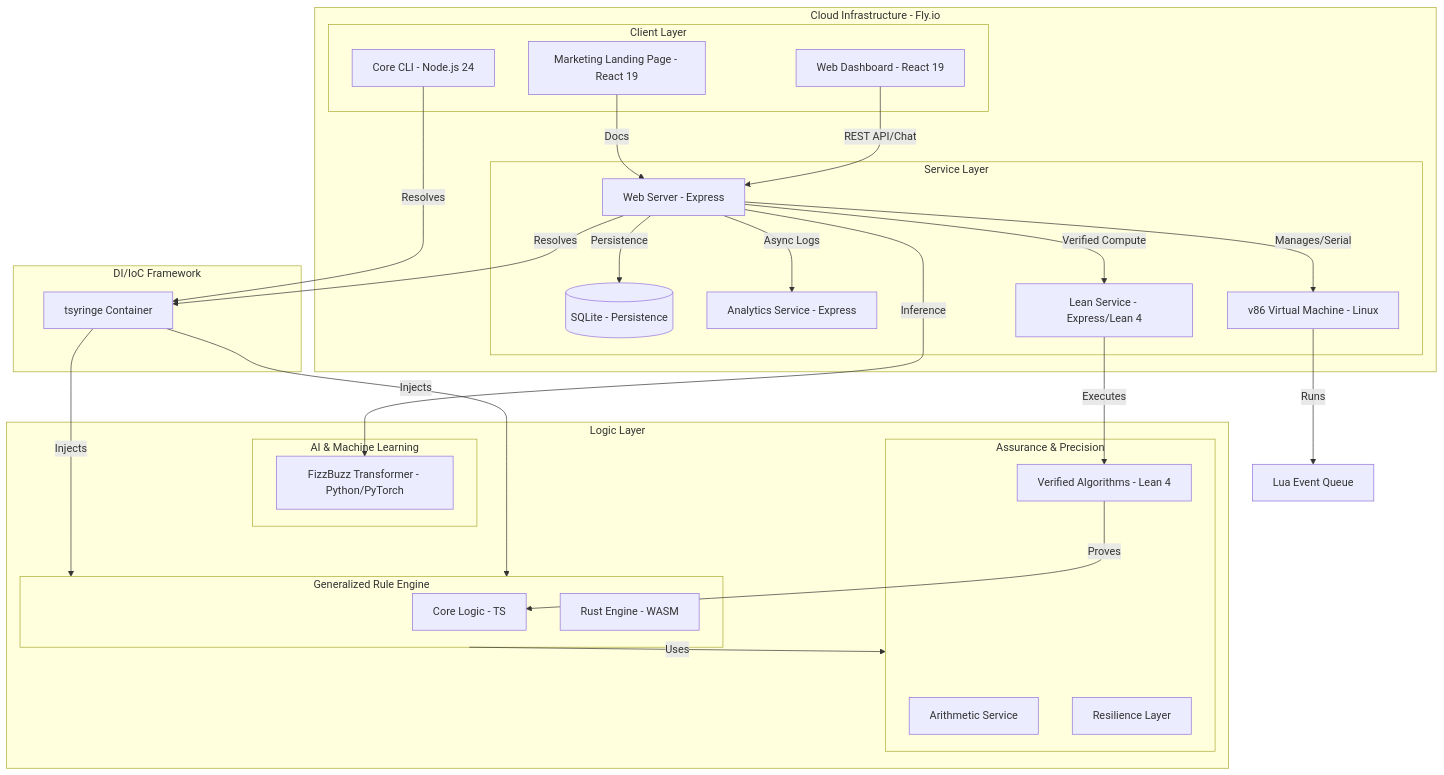
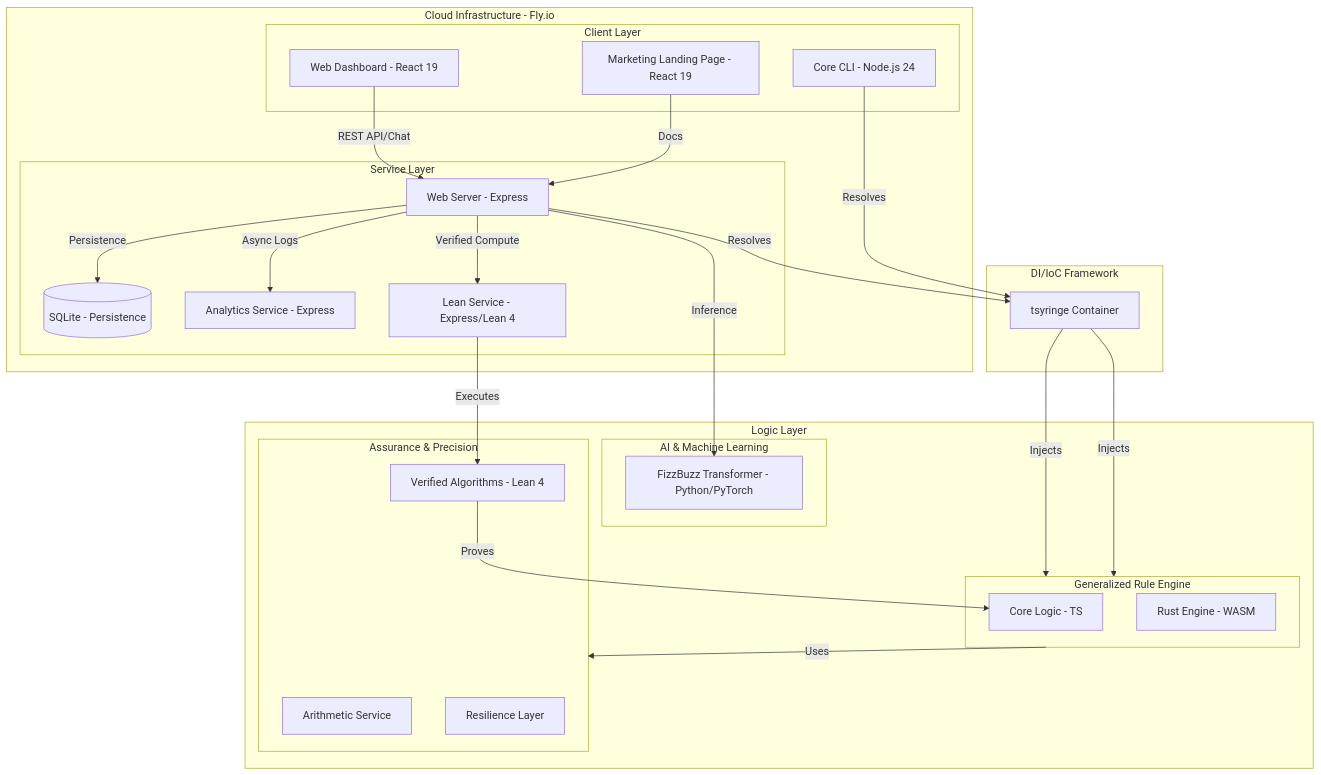
One commit to CamJohnson26/agent-first-fizzbuzz-scalable changed the second of 2 diagrams in README.md. Above: the diagram before and after it, drawn with Mermaid. The commit also changed other lines of this file and 1 other file, not shown here.

First line of the commit message:
Revert "Merge pull request #57 from CamJohnson26/feature/docs-sync-architecture"

````diff
--- a/README.md
+++ b/README.md
@@ -66,53 +66,50 @@
 ```mermaid
 graph TD
     subgraph Hosting [Cloud Infrastructure - Fly.io]
         subgraph Client_Layer [Client Layer]
             WD[Web Dashboard - React 19]
             LP[Marketing Landing Page - React 19]
             CLI[Core CLI - Node.js 24]
         end
 
         subgraph Service_Layer [Service Layer]
             WS[Web Server - Express]
             DB[(SQLite - Persistence)]
             AS[Analytics Service - Express]
             LS[Lean Service - Express/Lean 4]
-            VM[v86 Virtual Machine - Linux]
         end
     end
 
     subgraph Logic_Layer [Logic Layer]
         subgraph Generalized_Engine [Generalized Rule Engine]
             CL[Core Logic - TS]
             RE[Rust Engine - WASM]
         end
         subgraph Machine_Learning [AI & Machine Learning]
             TF[FizzBuzz Transformer - Python/PyTorch]
         end
         subgraph Assurance_Layer [Assurance & Precision]
             ASV[Arithmetic Service]
             RL[Resilience Layer]
             VA[Verified Algorithms - Lean 4]
         end
     end
 
     subgraph DI_IoC [DI/IoC Framework]
         DI[tsyringe Container]
     end
 
     WD -- REST API/Chat --> WS
     LP -- Docs --> WS
     WS -- Persistence --> DB
     WS -- Inference --> TF
     WS -- Resolves --> DI
-    WS -- Manages/Serial --> VM
-    VM -- Runs --> EQ[Lua Event Queue]
     DI -- Injects --> Generalized_Engine
     WS -- Async Logs --> AS
     WS -- Verified Compute --> LS
     CLI -- Resolves --> DI
     DI -- Injects --> Generalized_Engine
     Generalized_Engine -- Uses --> Assurance_Layer
     VA -- Proves --> CL
     LS -- Executes --> VA
 ```
````
